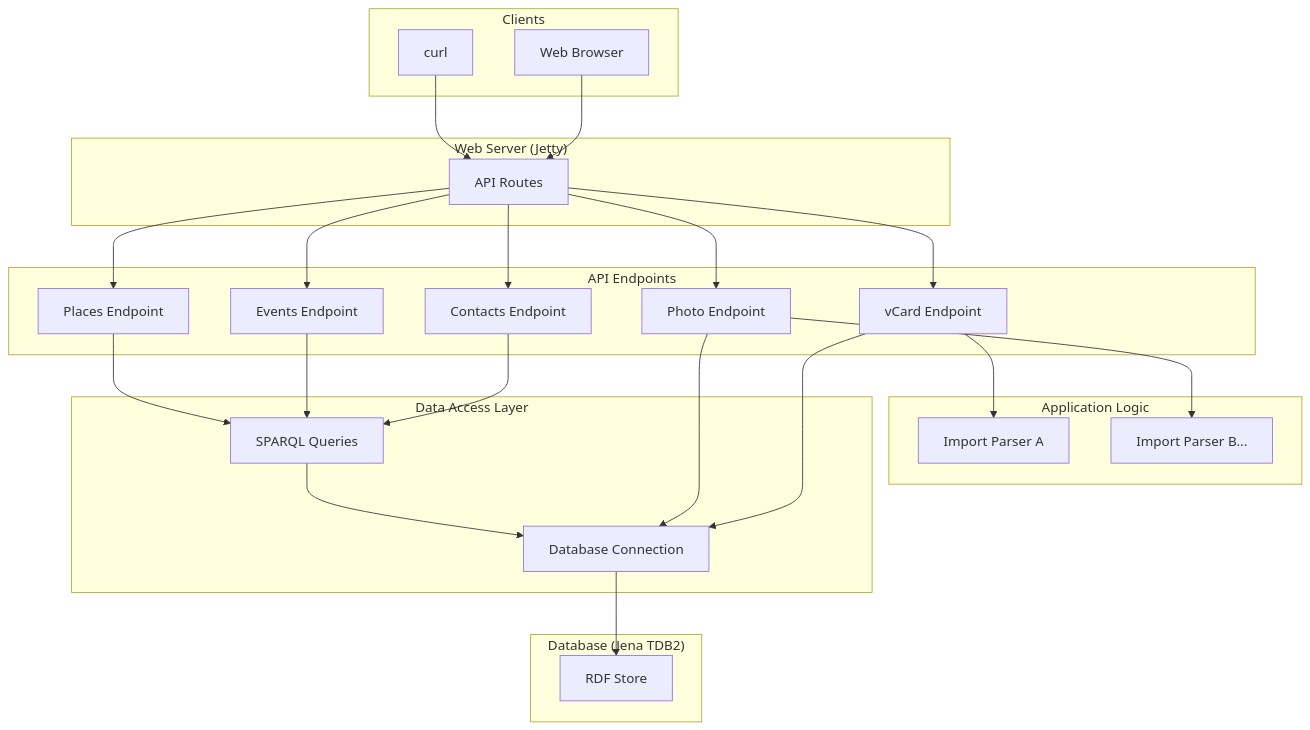
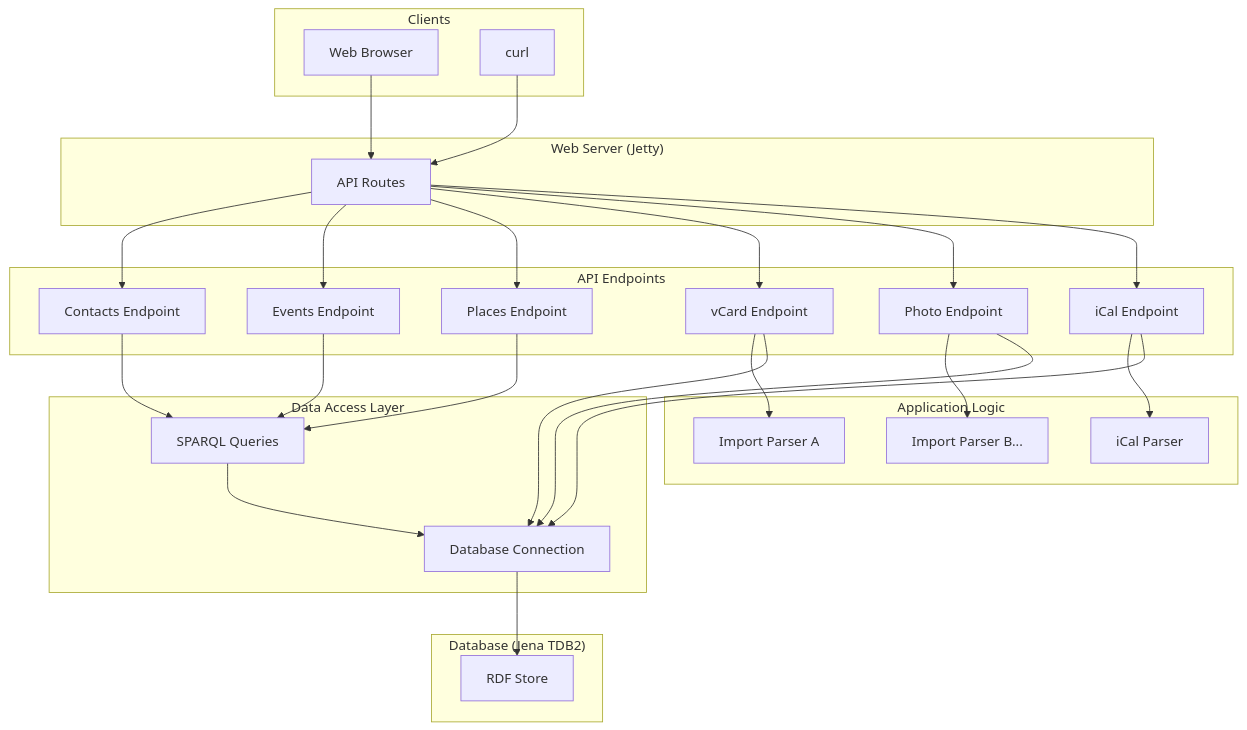
The second of 2 diagrams in docs/architecture.md (bmordue/redweed), drawn with Mermaid before and after one commit. The commit also changed other lines of this file and 13 other files, not shown here.

Commit message:
Complete comprehensive iCal to RDF conversion feature planning documentation

````diff
--- a/docs/architecture.md
+++ b/docs/architecture.md
@@ -71,50 +75,55 @@
 ```mermaid
 graph TD
     subgraph "Clients"
         A[Web Browser]
         B[curl]
     end
 
     subgraph "Web Server (Jetty)"
         C[API Routes]
     end
 
     subgraph "API Endpoints"
         D[Contacts Endpoint]
         E[Events Endpoint]
         F[Places Endpoint]
         G[vCard Endpoint]
         H[Photo Endpoint]
+        I[iCal Endpoint]
     end
 
     subgraph "Application Logic"
-        I[Import Parser A]
-        J[Import Parser B...]
+        J[Import Parser A]
+        K[Import Parser B...]
+        L[iCal Parser]
     end
 
     subgraph "Data Access Layer"
-        K[SPARQL Queries]
-        L[Database Connection]
+        M[SPARQL Queries]
+        N[Database Connection]
     end
 
     subgraph "Database (Jena TDB2)"
-        M[RDF Store]
+        O[RDF Store]
     end
 
     A --> C
     B --> C
     C --> D
     C --> E
     C --> F
     C --> G
     C --> H
-    D --> K
-    E --> K
-    F --> K
-    G --> I
-    H --> J
-    G --> L
-    H --> L
-    K --> L
-    L --> M
+    C --> I
+    D --> M
+    E --> M
+    F --> M
+    G --> J
+    H --> K
+    I --> L
+    G --> N
+    H --> N
+    I --> N
+    M --> N
+    N --> O
 ```
````
